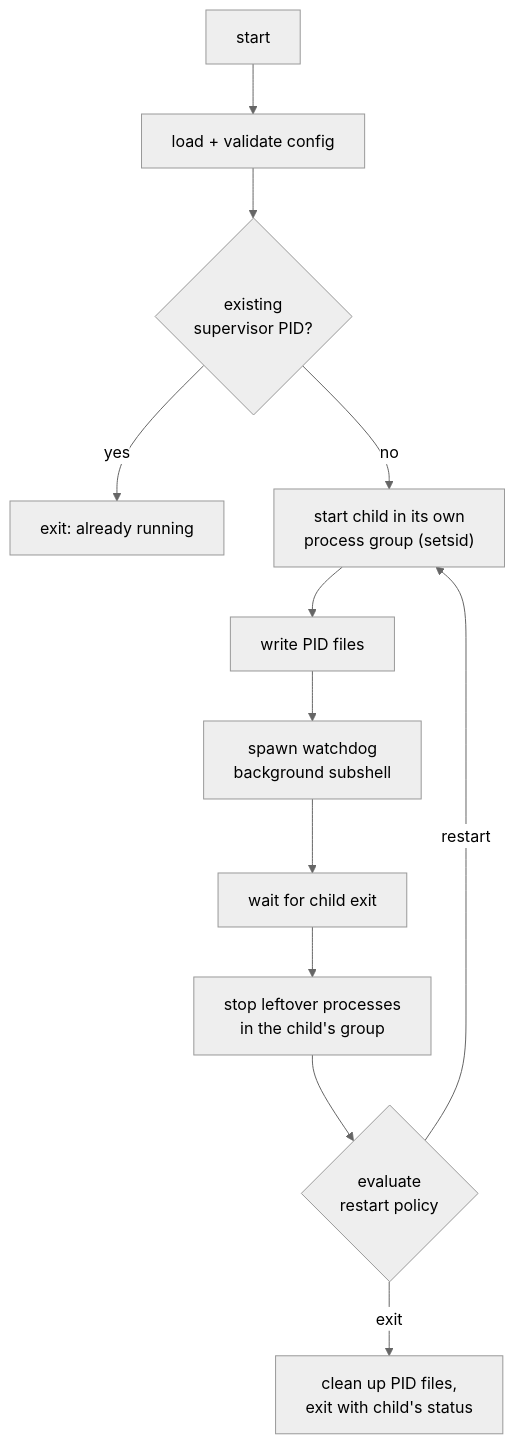
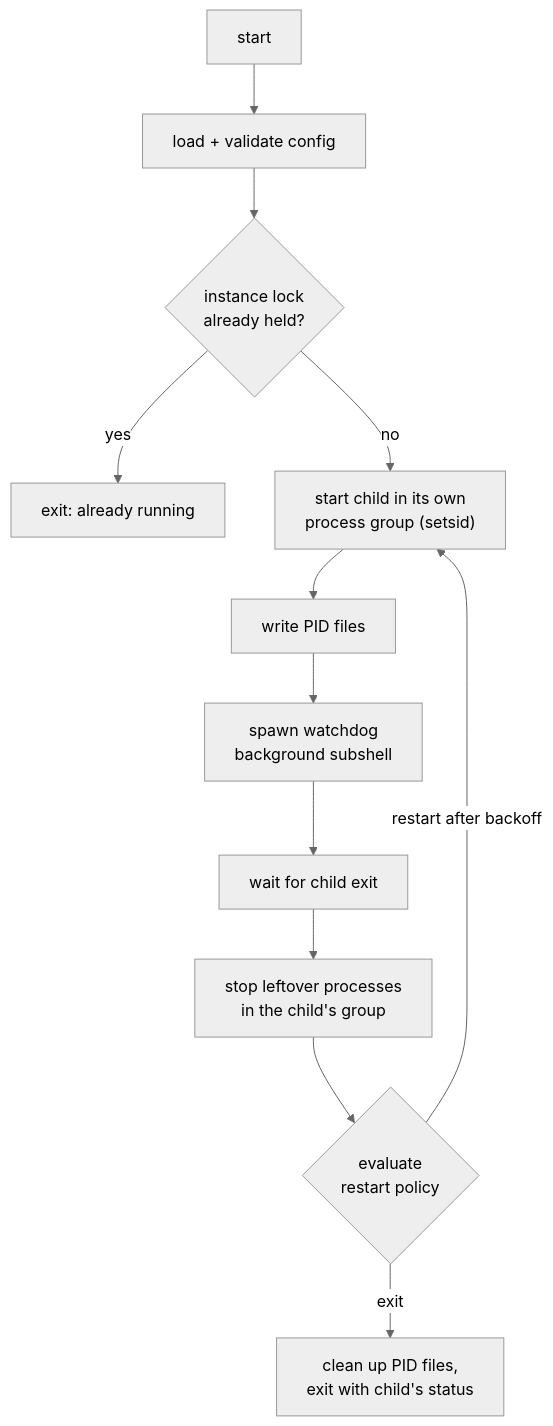
Before and after one commit to DimitriosDalaklidhs/process-supervisor: the second of 4 diagrams in README.md, drawn with Mermaid (neutral theme). The commit also changed other lines of this file, not shown here.

````diff
--- a/README.md
+++ b/README.md
@@ -176,14 +181,14 @@
 ```mermaid
 flowchart TD
     A[start] --> B["load + validate config"]
-    B --> C{existing<br/>supervisor PID?}
+    B --> C{instance lock<br/>already held?}
     C -->|yes| Z[exit: already running]
     C -->|no| D["start child in its own<br/>process group (setsid)"]
     D --> E[write PID files]
     E --> F[spawn watchdog<br/>background subshell]
     F --> G[wait for child exit]
     G --> H["stop leftover processes<br/>in the child's group"]
     H --> I{evaluate<br/>restart policy}
-    I -->|restart| D
+    I -->|"restart after backoff"| D
     I -->|exit| J["clean up PID files,<br/>exit with child's status"]
 ```
````
